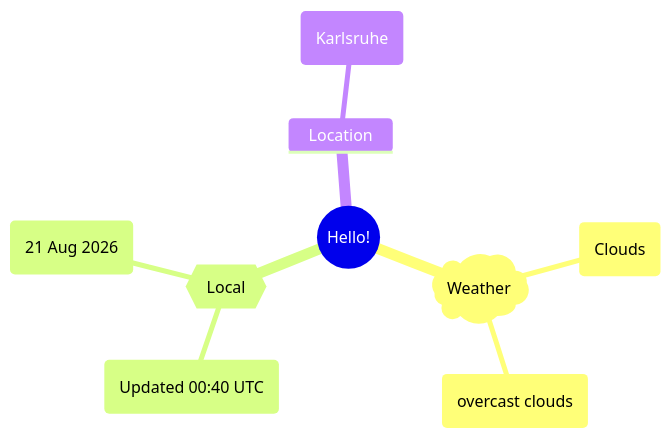
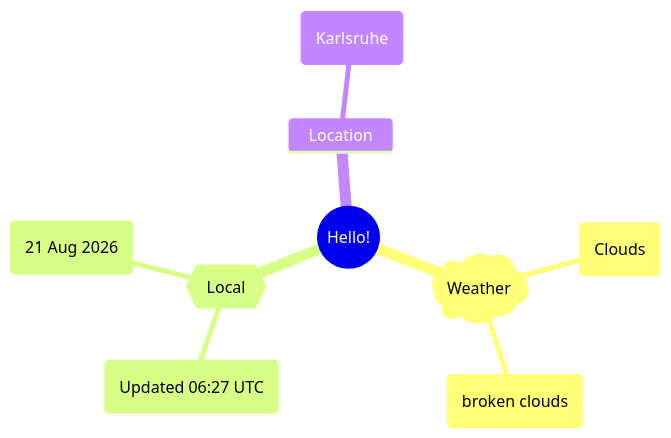
One commit to Xosrov/Xosrov changed the first of 2 diagrams in README.md. Above: the diagram before and after it, drawn with Mermaid.

Commit message:
[bot] updated images

````diff
--- a/README.md
+++ b/README.md
@@ -3,12 +3,12 @@
 ```mermaid
 mindmap
   root((Hello!))
     )Weather(
         (Clouds)
-        (overcast clouds)
+        (broken clouds)
     {{Local}}
-        (Updated 00:40 UTC)
+        (Updated 06:27 UTC)
         (21 Aug 2026)
     Location
         (Karlsruhe)
 ```
````
